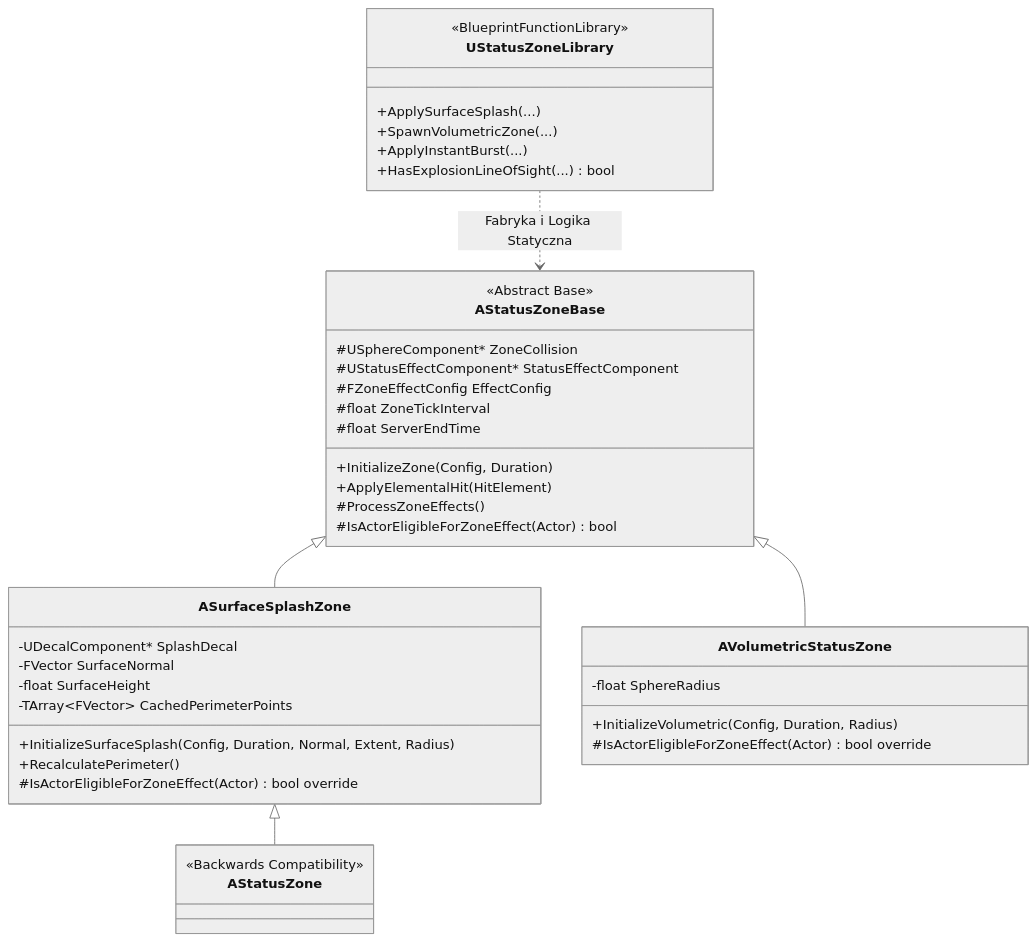
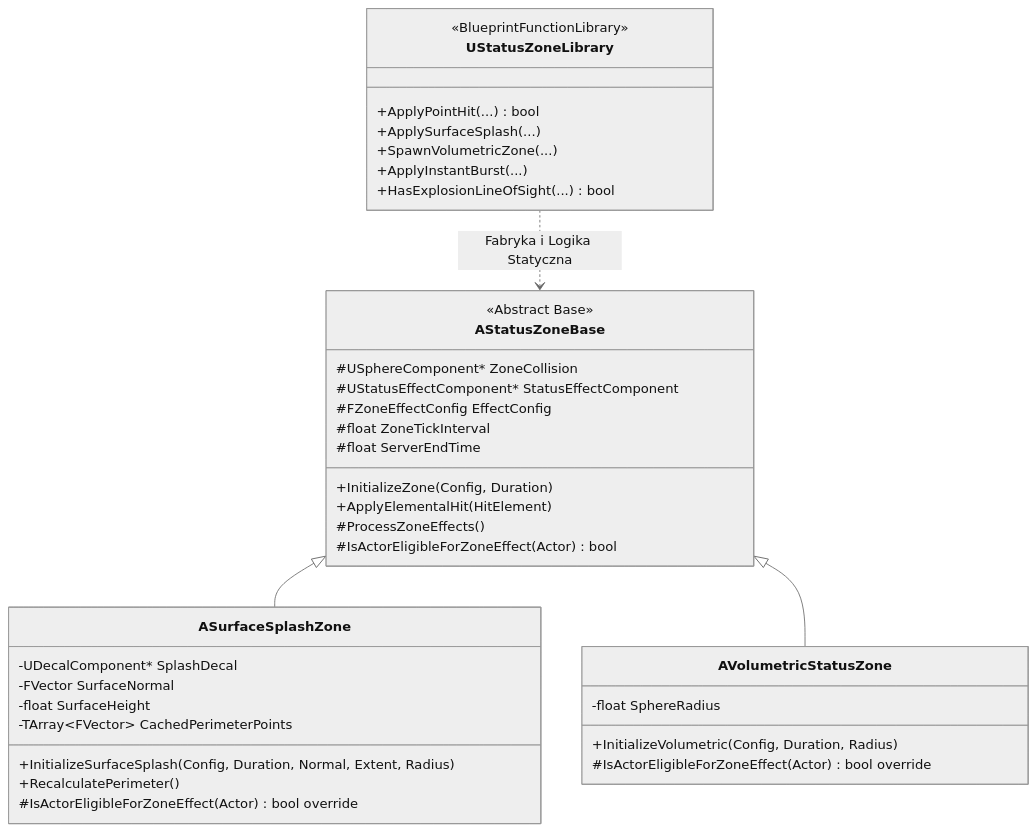
One commit to MoistAbes/DungeonCrawler changed the first of 3 diagrams in .context/STATUS_ZONE_SPECIFICATION.md. Above: the diagram before and after it, drawn with Mermaid (neutral theme). The commit also changed other lines of this file and 6 other files, not shown here.

Commit message:
zone splash optimizations

````diff
--- a/.context/STATUS_ZONE_SPECIFICATION.md
+++ b/.context/STATUS_ZONE_SPECIFICATION.md
@@ -38,48 +38,44 @@
 ```mermaid
 classDiagram
     class AStatusZoneBase {
         <<Abstract Base>>
         #USphereComponent* ZoneCollision
         #UStatusEffectComponent* StatusEffectComponent
         #FZoneEffectConfig EffectConfig
         #float ZoneTickInterval
         #float ServerEndTime
         +InitializeZone(Config, Duration)
         +ApplyElementalHit(HitElement)
         #ProcessZoneEffects()
         #IsActorEligibleForZoneEffect(Actor) bool
     }
 
     class ASurfaceSplashZone {
         -UDecalComponent* SplashDecal
         -FVector SurfaceNormal
         -float SurfaceHeight
         -TArray~FVector~ CachedPerimeterPoints
         +InitializeSurfaceSplash(Config, Duration, Normal, Extent, Radius)
         +RecalculatePerimeter()
         #IsActorEligibleForZoneEffect(Actor) bool override
     }
 
     class AVolumetricStatusZone {
         -float SphereRadius
         +InitializeVolumetric(Config, Duration, Radius)
         #IsActorEligibleForZoneEffect(Actor) bool override
     }
 
-    class AStatusZone {
-        <<Backwards Compatibility>>
-    }
-
     class UStatusZoneLibrary {
         <<BlueprintFunctionLibrary>>
+        +ApplyPointHit(...) bool
         +ApplySurfaceSplash(...)
         +SpawnVolumetricZone(...)
         +ApplyInstantBurst(...)
         +HasExplosionLineOfSight(...) bool
     }
 
     AStatusZoneBase <|-- ASurfaceSplashZone
     AStatusZoneBase <|-- AVolumetricStatusZone
-    ASurfaceSplashZone <|-- AStatusZone
     UStatusZoneLibrary ..> AStatusZoneBase : Fabryka i Logika Statyczna
 ```
````
